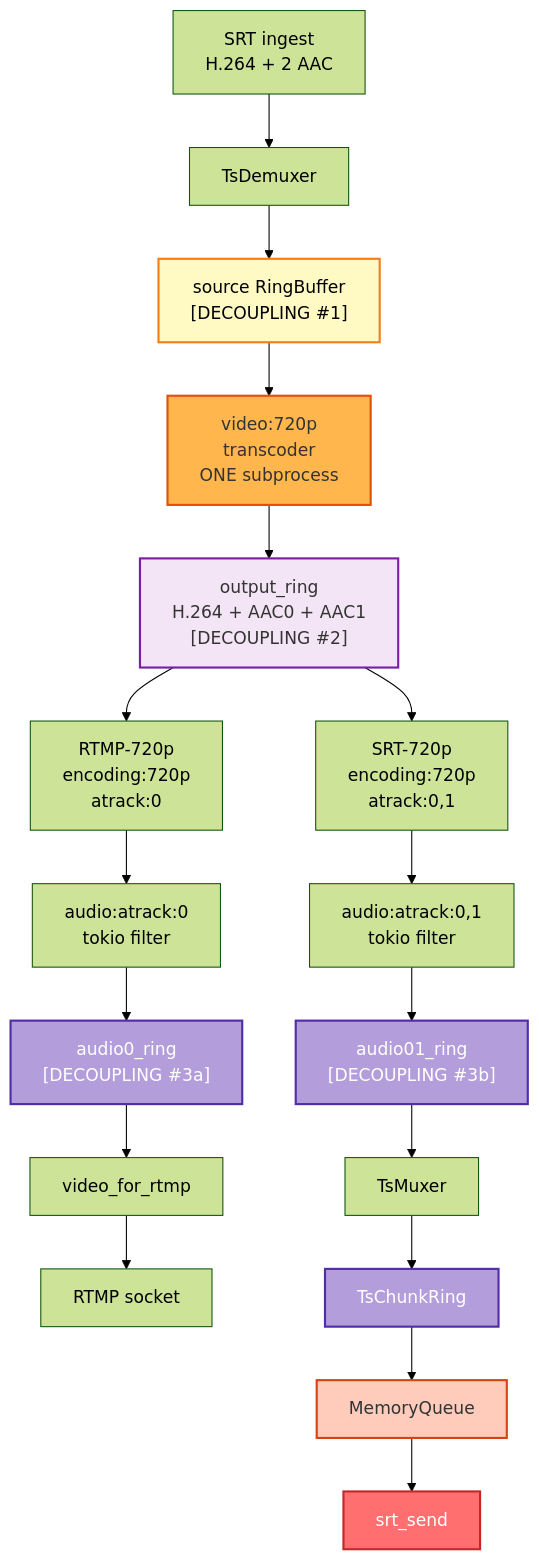
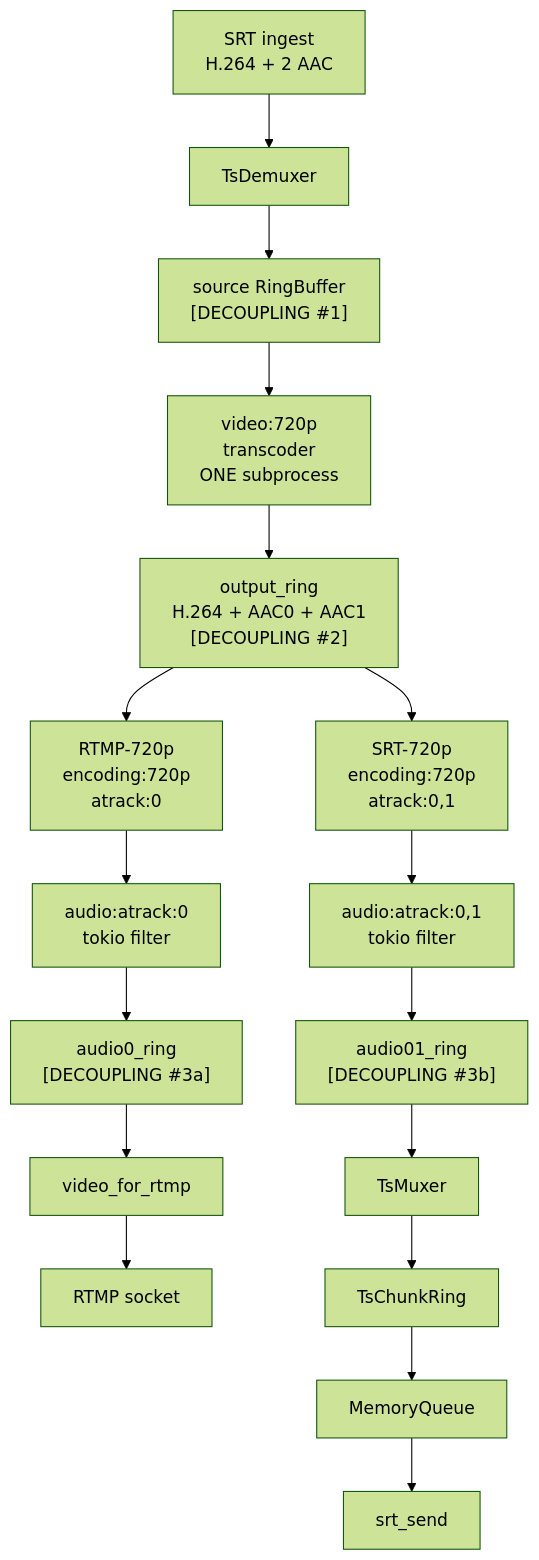
One commit to krsna1729/restream changed diagram 14 of 24 in docs/run-to-completion-analysis.md. Above: the diagram before and after it, drawn with Mermaid (forest theme). The commit also changed other lines of this file and 6 other files, not shown here.

First line of the commit message:
docs: retire duplicate SVG and styled diagram variants

````diff
--- a/docs/run-to-completion-analysis.md
+++ b/docs/run-to-completion-analysis.md
@@ -559,35 +460,26 @@
 ```mermaid
-graph TD
+flowchart TD
     A["SRT ingest<br/>H.264 + 2 AAC"]
     B["TsDemuxer"]
     C["source RingBuffer<br/>[DECOUPLING #1]"]
     D["video:720p<br/>transcoder<br/>ONE subprocess"]
     E["output_ring<br/>H.264 + AAC0 + AAC1<br/>[DECOUPLING #2]"]
-    
+
     F["RTMP-720p<br/>encoding:720p<br/>atrack:0"]
     G["audio:atrack:0<br/>tokio filter"]
     H["audio0_ring<br/>[DECOUPLING #3a]"]
     I["video_for_rtmp"]
     J["RTMP socket"]
-    
+
     K["SRT-720p<br/>encoding:720p<br/>atrack:0,1"]
     L["audio:atrack:0,1<br/>tokio filter"]
     M["audio01_ring<br/>[DECOUPLING #3b]"]
     N["TsMuxer"]
     O["TsChunkRing"]
     P["MemoryQueue"]
     Q["srt_send"]
-    
+
     A --> B --> C --> D --> E
     E --> F --> G --> H --> I --> J
     E --> K --> L --> M --> N --> O --> P --> Q
-    
-    style C fill:#fff9c4,stroke:#f57f17,stroke-width:2px,color:#000
-    style E fill:#f3e5f5,stroke:#7b1fa2,stroke-width:2px,color:#333
-    style D fill:#ffb74d,stroke:#e65100,stroke-width:2px,color:#333
-    style H fill:#b39ddb,stroke:#512da8,stroke-width:2px,color:#fff
-    style M fill:#b39ddb,stroke:#512da8,stroke-width:2px,color:#fff
-    style O fill:#b39ddb,stroke:#512da8,stroke-width:2px,color:#fff
-    style P fill:#ffccbc,stroke:#d84315,stroke-width:2px,color:#333
-    style Q fill:#ff6f6f,stroke:#c62828,stroke-width:2px,color:#fff
 ```
````
